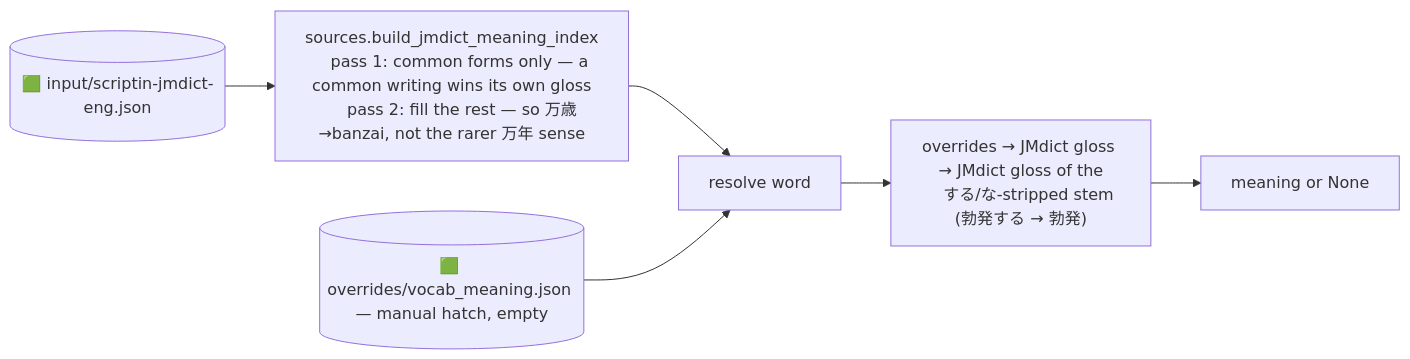
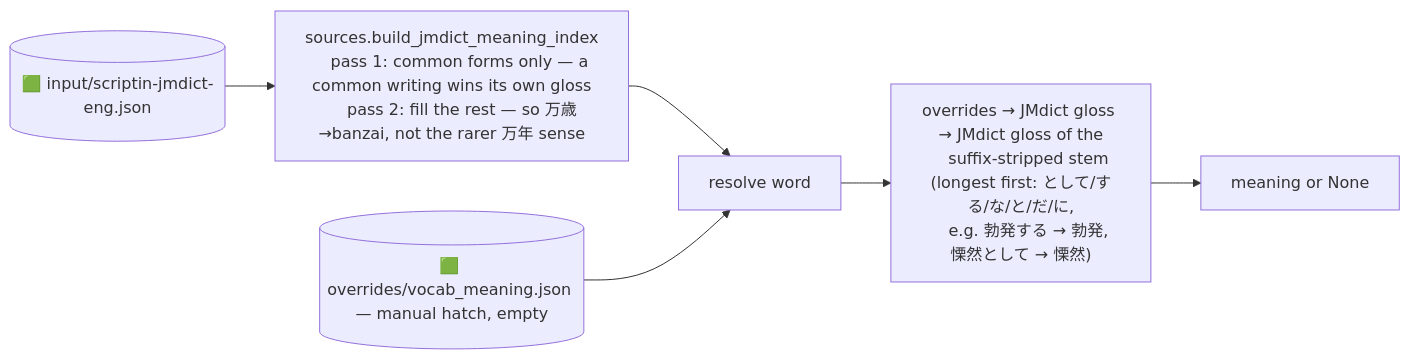
The seventh of 8 diagrams in notes/flowchart.md (PikaPikaGems/kanji-heatmap-data), drawn with Mermaid before and after one commit. The commit also changed other lines of this file and 9 other files, not shown here.

````diff
--- a/notes/flowchart.md
+++ b/notes/flowchart.md
@@ -311,11 +347,12 @@
 ```mermaid
 flowchart LR
     jm[("🟩 input/scriptin-jmdict-eng.json")] --> IDX[sources.build_jmdict_meaning_index
     pass 1: common forms only — a common writing wins its own gloss
     pass 2: fill the rest — so 万歳→banzai, not the rarer 万年 sense]
     IDX --> R[resolve word]
     ov[("🟩 overrides/vocab_meaning.json — manual hatch, empty")] --> R
     R --> o["overrides → JMdict gloss → JMdict gloss of the
-    する/な-stripped stem (勃発する → 勃発)"]
+    suffix-stripped stem (longest first: として/する/な/と/だ/に,
+    e.g. 勃発する → 勃発, 慄然として → 慄然)"]
     o --> m[meaning or None]
 ```
````
